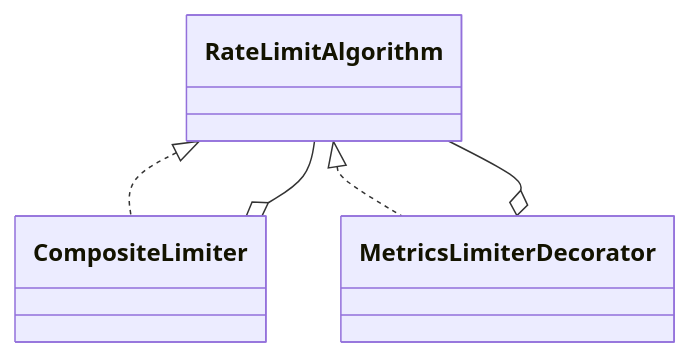
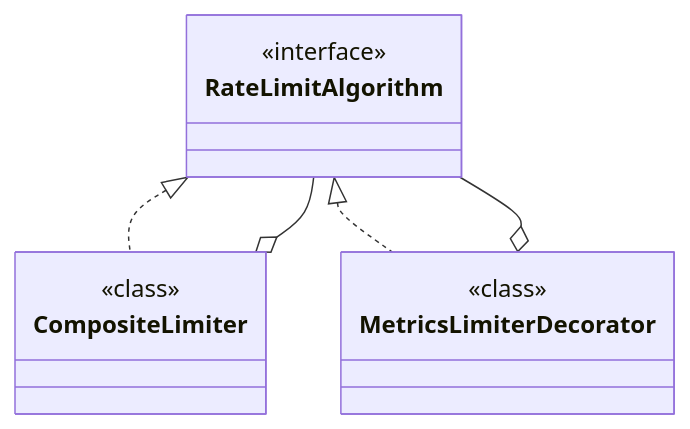
Before and after one commit to amarkum/amarkumar.guru: the third of 3 diagrams in system-design/lld/01-rate-limiter.md, drawn with Mermaid. The commit also changed other lines of this file and 27 other files, not shown here.

Commit message:
Label every UML type as interface, enumeration, abstract, record or class, add missing enums, and colour-code them.

````diff
--- a/system-design/lld/01-rate-limiter.md
+++ b/system-design/lld/01-rate-limiter.md
@@ -310,7 +328,16 @@
 ```mermaid
 classDiagram
     RateLimitAlgorithm <|.. CompositeLimiter
     RateLimitAlgorithm <|.. MetricsLimiterDecorator
     CompositeLimiter o-- RateLimitAlgorithm
     MetricsLimiterDecorator o-- RateLimitAlgorithm
+    class CompositeLimiter {
+      <<class>>
+    }
+    class RateLimitAlgorithm {
+      <<interface>>
+    }
+    class MetricsLimiterDecorator {
+      <<class>>
+    }
 ```
````
